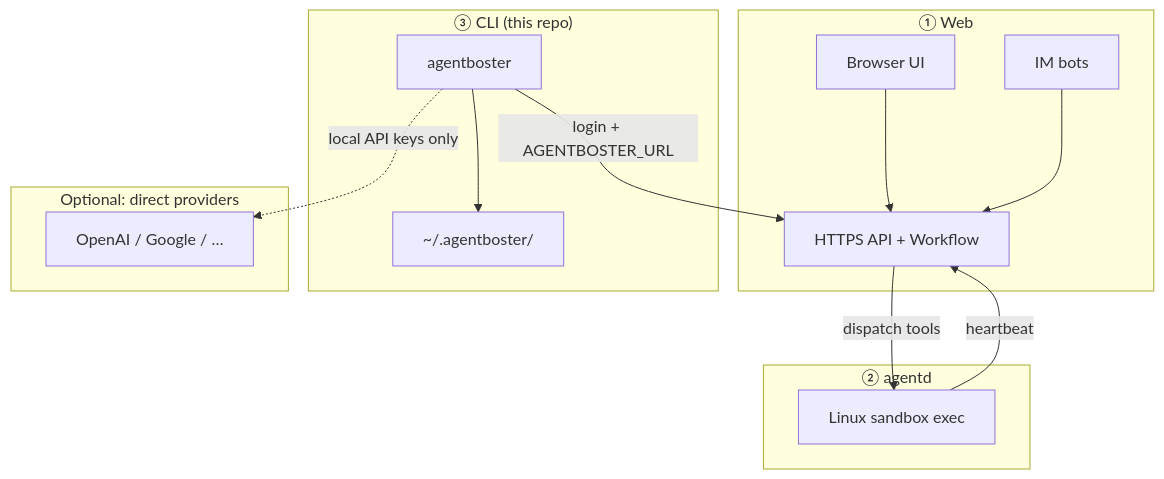
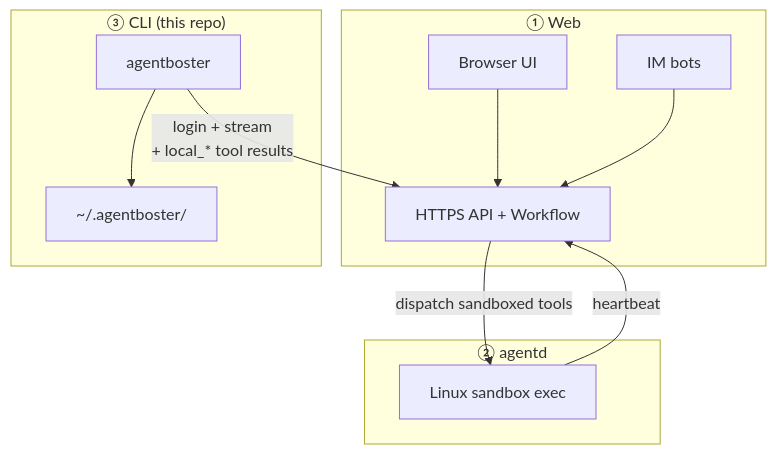
Before and after one commit to NekoSekaiMoe/agentboster: the first of 3 diagrams in cli/README.md, drawn with Mermaid. The commit also changed other lines of this file and 4 other files, not shown here.

````diff
--- a/cli/README.md
+++ b/cli/README.md
@@ -9,29 +11,24 @@
 ```mermaid
 flowchart TB
   subgraph tier1["① Web"]
     API["HTTPS API + Workflow"]
     IM["IM bots"]
     UI["Browser UI"]
     UI --> API
     IM --> API
   end
 
   subgraph tier2["② agentd"]
     AD["Linux sandbox exec"]
   end
 
   subgraph tier3["③ CLI (this repo)"]
     BIN["agentboster"]
     CFG["~/.agentboster/"]
     BIN --> CFG
   end
 
-  subgraph local["Optional: direct providers"]
-    G["OpenAI / Google / …"]
-  end
-
-  BIN -->|"login + AGENTBOSTER_URL"| API
-  API -->|"dispatch tools"| AD
+  BIN -->|"login + stream\n+ local_* tool results"| API
+  API -->|"dispatch sandboxed tools"| AD
   AD -->|"heartbeat"| API
-  BIN -.->|"local API keys only"| G
 ```
````
